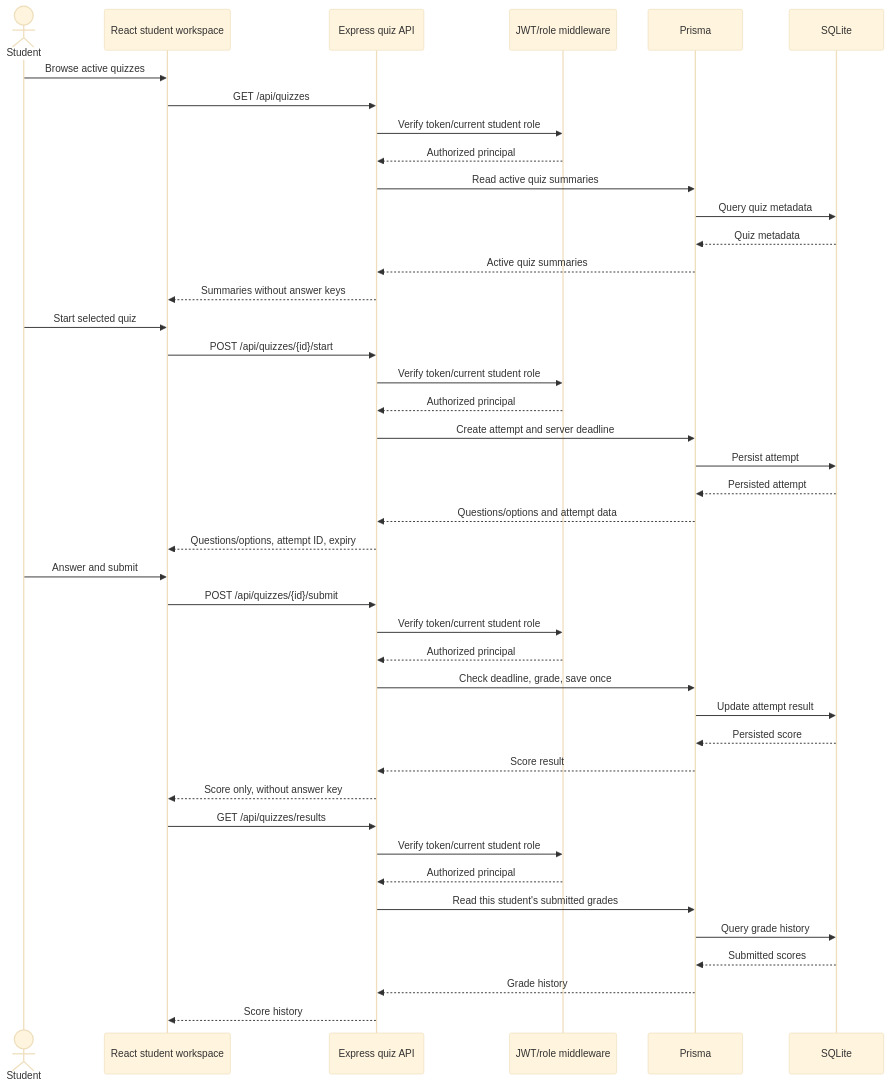
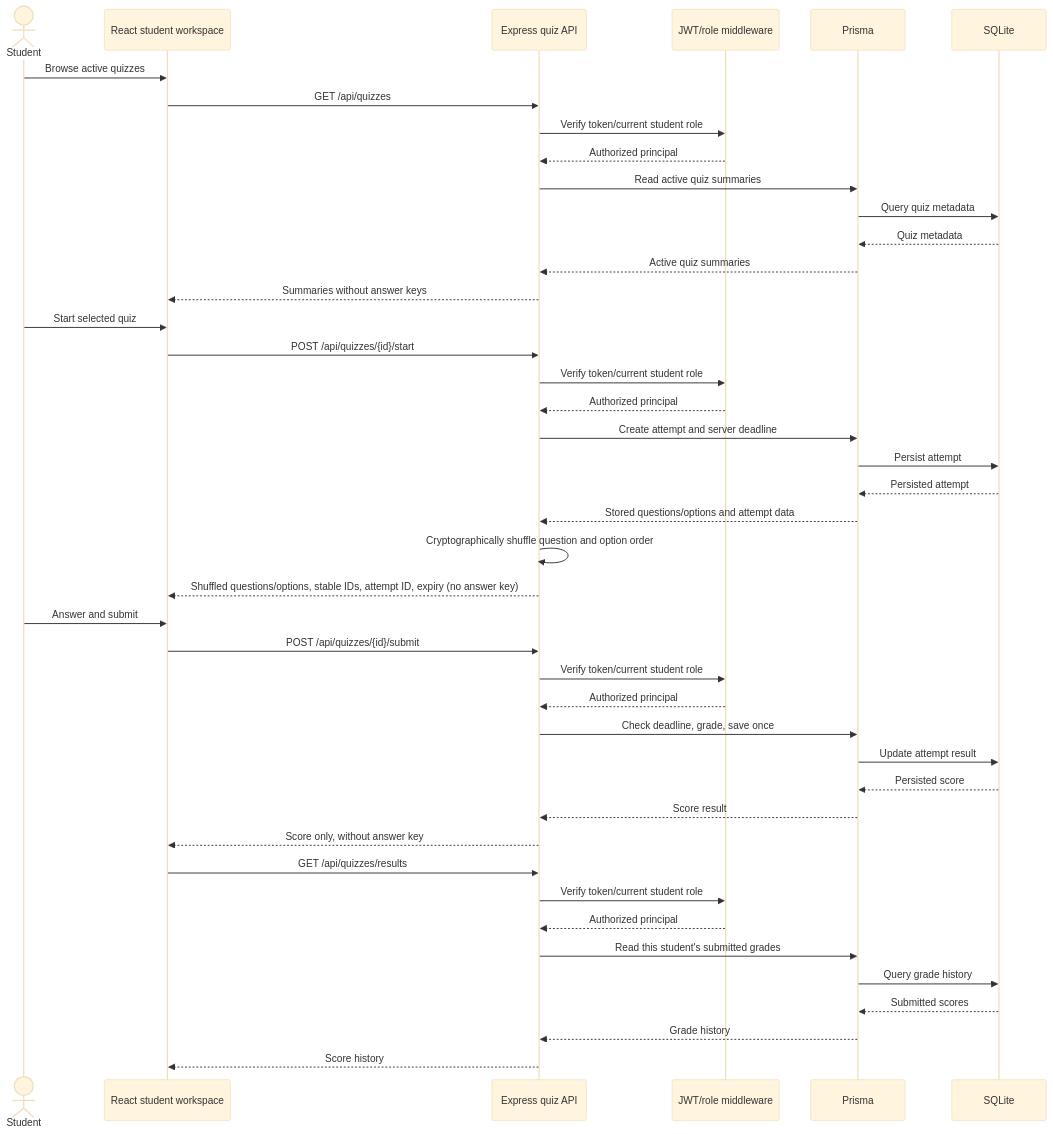
Before and after one commit to AbbasMSadikot/Online-Quiz-System: the fourth of 5 diagrams in docs/4-Architecture-and-Design/diagrams.md, drawn with Mermaid (base theme). The commit also changed other lines of this file and 11 other files, not shown here.

Commit message:
Shuffle quiz attempts and document system architecture

````diff
--- a/docs/4-Architecture-and-Design/diagrams.md
+++ b/docs/4-Architecture-and-Design/diagrams.md
@@ -75,44 +75,45 @@
 ```mermaid
 sequenceDiagram
   actor S as Student
   participant W as React student workspace
   participant A as Express quiz API
   participant M as JWT/role middleware
   participant P as Prisma
   participant D as SQLite
   S->>W: Browse active quizzes
   W->>A: GET /api/quizzes
   A->>M: Verify token/current student role
   M-->>A: Authorized principal
   A->>P: Read active quiz summaries
   P->>D: Query quiz metadata
   D-->>P: Quiz metadata
   P-->>A: Active quiz summaries
   A-->>W: Summaries without answer keys
   S->>W: Start selected quiz
   W->>A: POST /api/quizzes/{id}/start
   A->>M: Verify token/current student role
   M-->>A: Authorized principal
   A->>P: Create attempt and server deadline
   P->>D: Persist attempt
   D-->>P: Persisted attempt
-  P-->>A: Questions/options and attempt data
-  A-->>W: Questions/options, attempt ID, expiry
+  P-->>A: Stored questions/options and attempt data
+  A->>A: Cryptographically shuffle question and option order
+  A-->>W: Shuffled questions/options, stable IDs, attempt ID, expiry (no answer key)
   S->>W: Answer and submit
   W->>A: POST /api/quizzes/{id}/submit
   A->>M: Verify token/current student role
   M-->>A: Authorized principal
   A->>P: Check deadline, grade, save once
   P->>D: Update attempt result
   D-->>P: Persisted score
   P-->>A: Score result
   A-->>W: Score only, without answer key
   W->>A: GET /api/quizzes/results
   A->>M: Verify token/current student role
   M-->>A: Authorized principal
   A->>P: Read this student's submitted grades
   P->>D: Query grade history
   D-->>P: Submitted scores
   P-->>A: Grade history
   A-->>W: Score history
 ```
````
